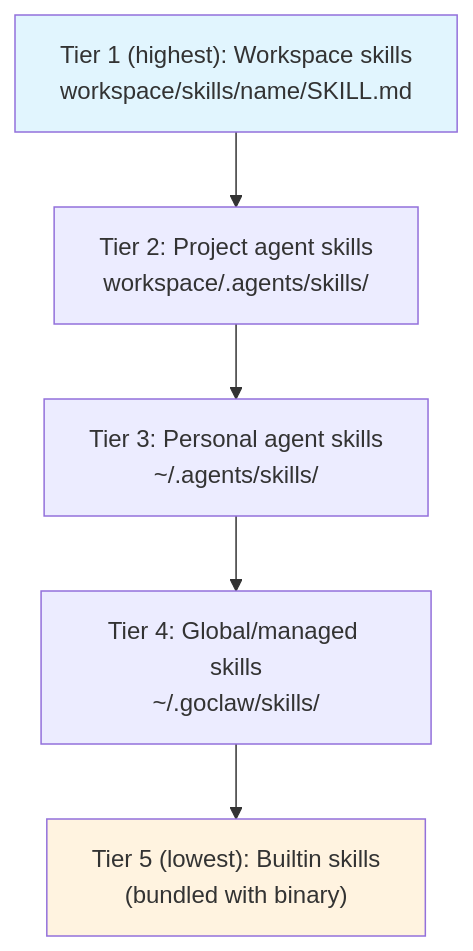
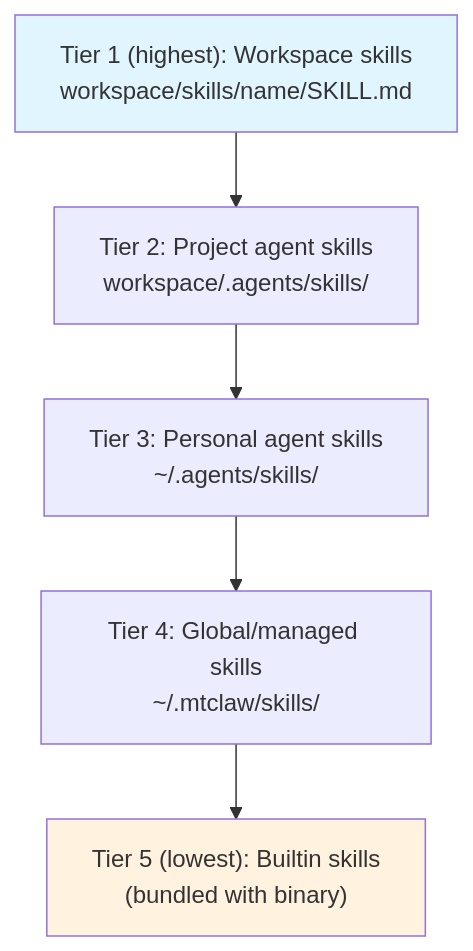
One commit to Minh-Tam-Solution/MTClaw changed the fifth of 12 diagrams in docs/02-design/bootstrap-skills-memory-system.md. Above: the diagram before and after it, drawn with Mermaid. The commit also changed other lines of this file and 356 other files, not shown here.

First line of the commit message:
feat(sprint-13-23): Complete goclaw→mtclaw rebrand + Claude Code bridge + module path update

````diff
--- a/docs/02-design/bootstrap-skills-memory-system.md
+++ b/docs/02-design/bootstrap-skills-memory-system.md
@@ -239,11 +239,11 @@
 ```mermaid
 flowchart TD
     T1["Tier 1 (highest): Workspace skills<br/>workspace/skills/name/SKILL.md"] --> T2
     T2["Tier 2: Project agent skills<br/>workspace/.agents/skills/"] --> T3
     T3["Tier 3: Personal agent skills<br/>~/.agents/skills/"] --> T4
-    T4["Tier 4: Global/managed skills<br/>~/.goclaw/skills/"] --> T5
+    T4["Tier 4: Global/managed skills<br/>~/.mtclaw/skills/"] --> T5
     T5["Tier 5 (lowest): Builtin skills<br/>(bundled with binary)"]
 
     style T1 fill:#e1f5fe
     style T5 fill:#fff3e0
 ```
````
